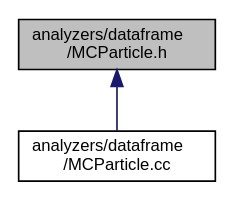
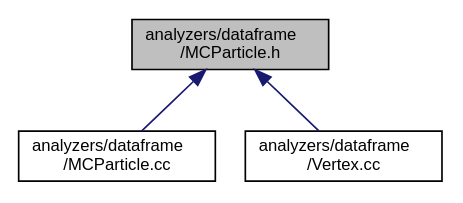
The diagram in doc/latest/_m_c_particle_8h__dep__incl.dot (HEP-FCC/FCCAnalyses), drawn with Graphviz before and after one commit. The commit also changed 138 other files, not shown here.

```diff
--- a/doc/latest/_m_c_particle_8h__dep__incl.dot
+++ b/doc/latest/_m_c_particle_8h__dep__incl.dot
@@ -1,9 +1,11 @@
 digraph "analyzers/dataframe/MCParticle.h"
 {
  // LATEX_PDF_SIZE
   edge [fontname="Helvetica",fontsize="10",labelfontname="Helvetica",labelfontsize="10"];
   node [fontname="Helvetica",fontsize="10",shape=record];
   Node1 [label="analyzers/dataframe\l/MCParticle.h",height=0.2,width=0.4,color="black", fillcolor="grey75", style="filled", fontcolor="black",tooltip=" "];
   Node1 -> Node2 [dir="back",color="midnightblue",fontsize="10",style="solid",fontname="Helvetica"];
   Node2 [label="analyzers/dataframe\l/MCParticle.cc",height=0.2,width=0.4,color="black", fillcolor="white", style="filled",URL="$_m_c_particle_8cc.html",tooltip=" "];
+  Node1 -> Node3 [dir="back",color="midnightblue",fontsize="10",style="solid",fontname="Helvetica"];
+  Node3 [label="analyzers/dataframe\l/Vertex.cc",height=0.2,width=0.4,color="black", fillcolor="white", style="filled",URL="$_vertex_8cc.html",tooltip=" "];
 }
```
